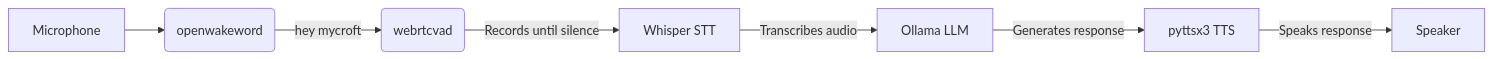
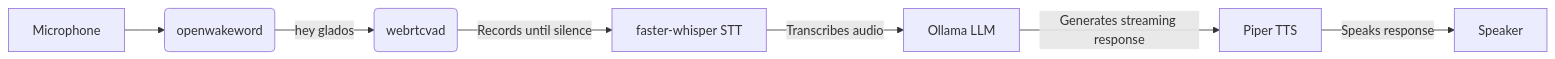
One commit to BranchingBad/ollama-STT-TTS changed the diagram in README.md. Above: the diagram before and after it, drawn with Mermaid. The commit also changed other lines of this file, not shown here.

````diff
--- a/README.md
+++ b/README.md
@@ -9,9 +9,9 @@
 ```mermaid
 flowchart LR
     A[Microphone] --> B(openwakeword);
-    B -- "hey mycroft" --> C(webrtcvad);
-    C -- "Records until silence" --> D[Whisper STT];
+    B -- "hey glados" --> C(webrtcvad);
+    C -- "Records until silence" --> D[faster-whisper STT];
     D -- "Transcribes audio" --> E[Ollama LLM];
-    E -- "Generates response" --> F[pyttsx3 TTS];
+    E -- "Generates streaming response" --> F[Piper TTS];
     F -- "Speaks response" --> G[Speaker];
 ```
````
